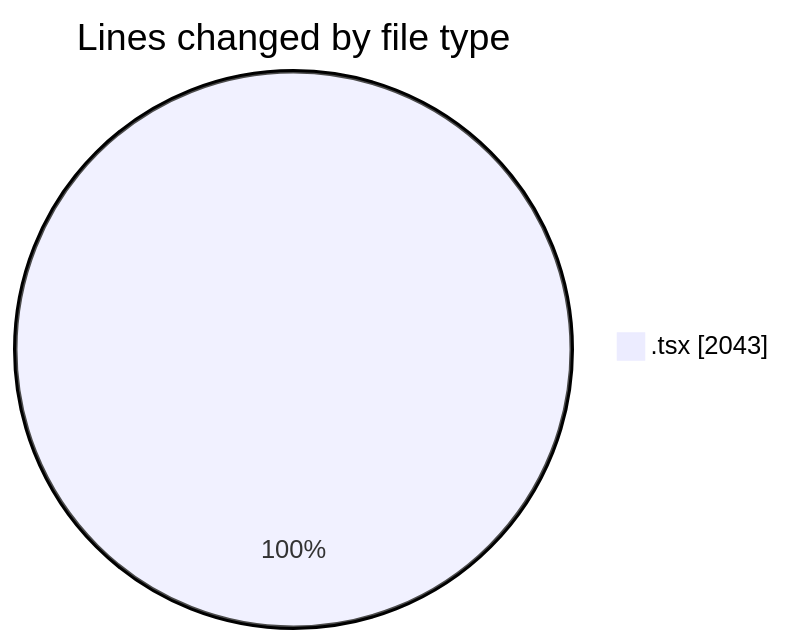
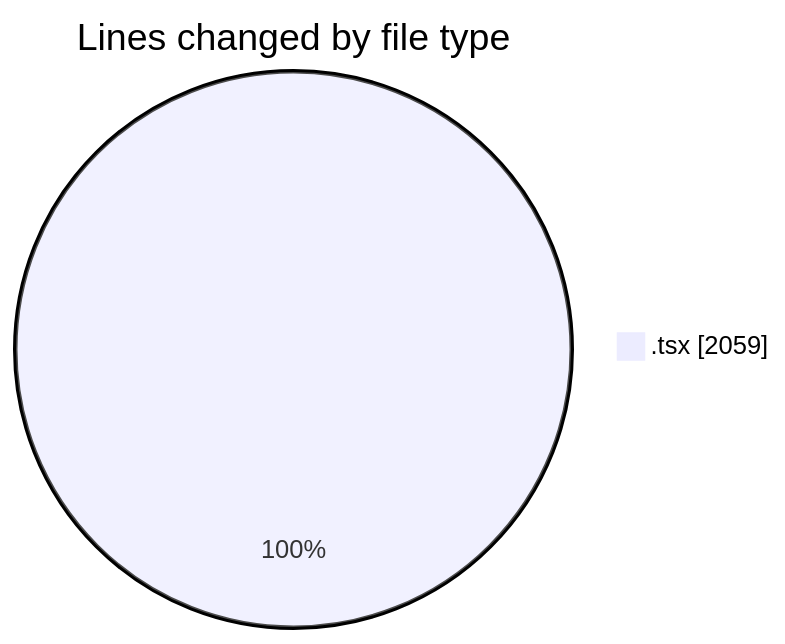
The first of 2 diagrams in 2025-06-12/cda/README.md (momahboobian/code-tracking), drawn with Mermaid before and after one commit. The commit also changed other lines of this file and 1 other file, not shown here.

````diff
--- a/2025-06-12/cda/README.md
+++ b/2025-06-12/cda/README.md
@@ -23,5 +23,5 @@
 ```mermaid
 pie showData
 title Lines changed by file type
-".tsx" : 2043
+".tsx" : 2059
 ```
````
